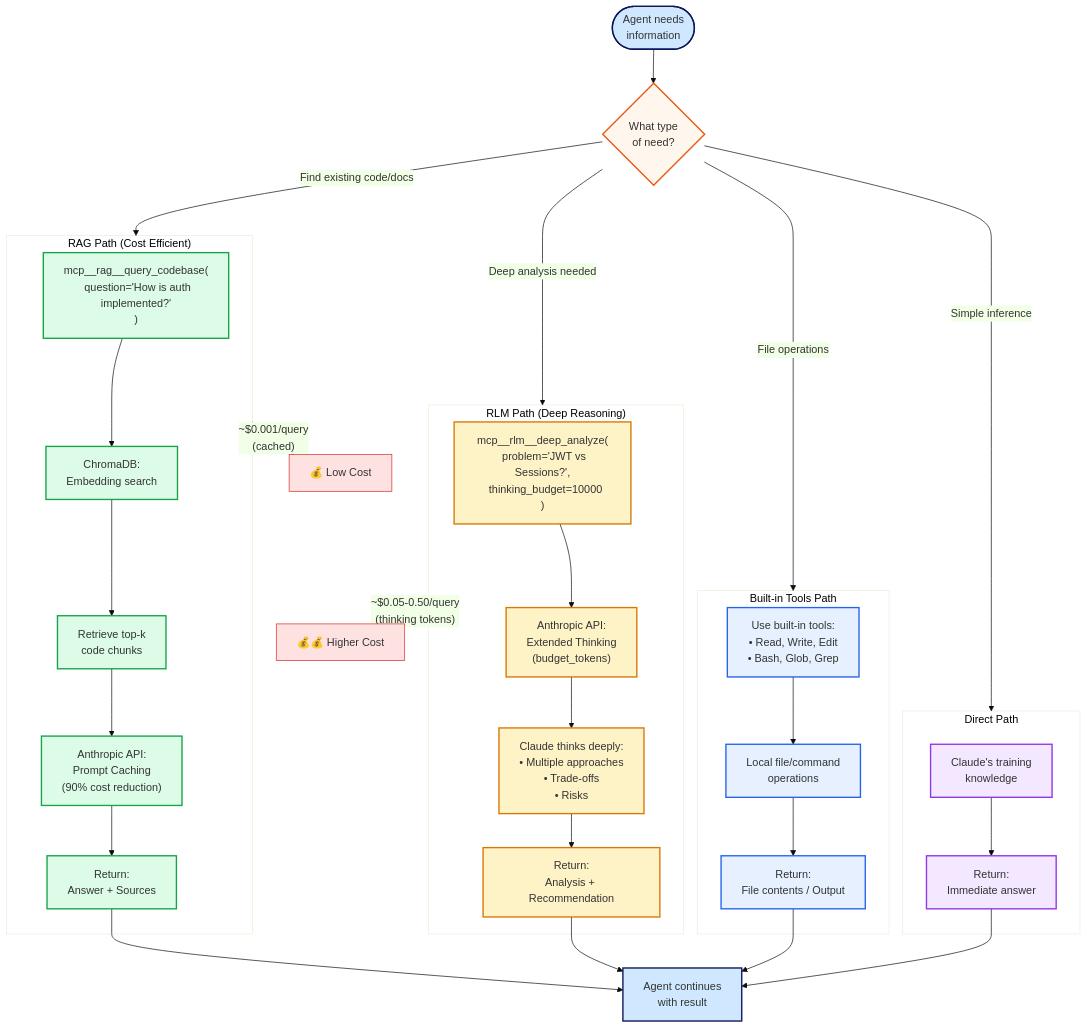
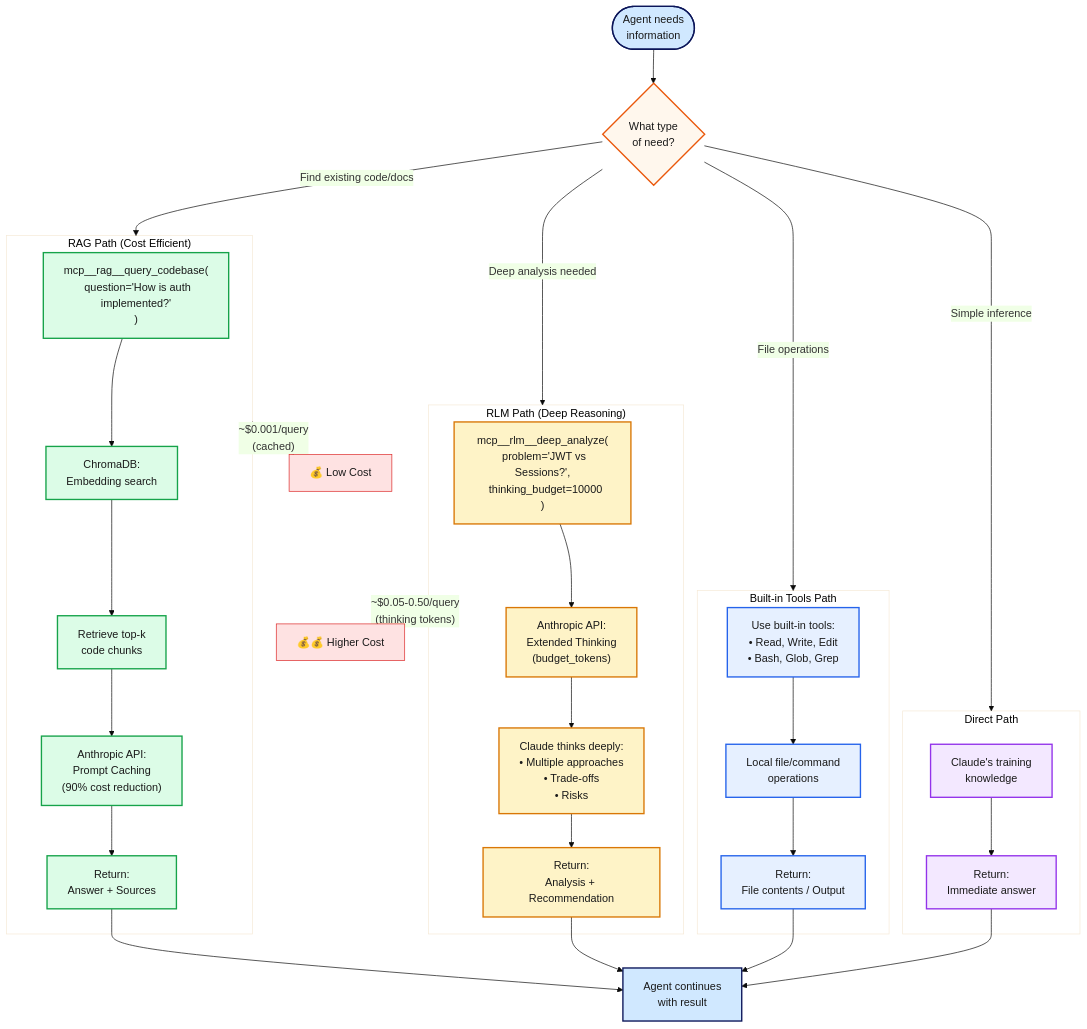
The diagram in docker/hitl-ui/public/docs/diagrams/06-rlm-vs-rag-decision.mmd (jb-612/dox-asdlc), drawn with Mermaid before and after one commit. The commit also changed 36 other files, not shown here.

```diff
--- a/docker/hitl-ui/public/docs/diagrams/06-rlm-vs-rag-decision.mmd
+++ b/docker/hitl-ui/public/docs/diagrams/06-rlm-vs-rag-decision.mmd
@@ -1,62 +1,62 @@
 %%{init: {'theme': 'base', 'themeVariables': { 'primaryColor': '#E6F0FF'}}}%%
 
 flowchart TD
     Start(["Agent needs\ninformation"])
     --> Decision{"What type\nof need?"}
 
     Decision -->|"Find existing code/docs"| RAGPath
     Decision -->|"Deep analysis needed"| RLMPath
     Decision -->|"File operations"| BuiltInPath
     Decision -->|"Simple inference"| DirectPath
 
     subgraph RAGPath["RAG Path (Cost Efficient)"]
         RAGCall["mcp__rag__query_codebase(\n  question='How is auth implemented?'\n)"]
         --> ChromaQuery["ChromaDB:\nEmbedding search"]
         --> RetrieveChunks["Retrieve top-k\ncode chunks"]
         --> CachedLLM["Anthropic API:\nPrompt Caching\n(90% cost reduction)"]
         --> RAGResult["Return:\nAnswer + Sources"]
     end
 
     subgraph RLMPath["RLM Path (Deep Reasoning)"]
         RLMCall["mcp__rlm__deep_analyze(\n  problem='JWT vs Sessions?',\n  thinking_budget=10000\n)"]
         --> ThinkingAPI["Anthropic API:\nExtended Thinking\n(budget_tokens)"]
         --> DeepAnalysis["Claude thinks deeply:\n• Multiple approaches\n• Trade-offs\n• Risks"]
         --> RLMResult["Return:\nAnalysis + Recommendation"]
     end
 
     subgraph BuiltInPath["Built-in Tools Path"]
         BuiltInCall["Use built-in tools:\n• Read, Write, Edit\n• Bash, Glob, Grep"]
         --> LocalOp["Local file/command\noperations"]
         --> BuiltInResult["Return:\nFile contents / Output"]
     end
 
     subgraph DirectPath["Direct Path"]
         DirectCall["Claude's training\nknowledge"]
         --> DirectResult["Return:\nImmediate answer"]
     end
 
     RAGResult --> Continue["Agent continues\nwith result"]
     RLMResult --> Continue
     BuiltInResult --> Continue
     DirectResult --> Continue
 
     %% Cost annotations
     RAGPath -.->|"~$0.001/query\n(cached)"| CostLow["💰 Low Cost"]
     RLMPath -.->|"~$0.05-0.50/query\n(thinking tokens)"| CostHigh["💰💰 Higher Cost"]
 
-    %% Styling
-    classDef start fill:#D0E8FF,stroke:#0b1559,stroke-width:2px
-    classDef decision fill:#FFF7ED,stroke:#EA580C,stroke-width:2px
-    classDef rag fill:#DCFCE7,stroke:#16a34a,stroke-width:2px
-    classDef rlm fill:#FEF3C7,stroke:#d97706,stroke-width:2px
-    classDef builtin fill:#E6F0FF,stroke:#2563eb,stroke-width:2px
-    classDef direct fill:#F3E8FF,stroke:#9333ea,stroke-width:2px
-    classDef cost fill:#FEE2E2,stroke:#dc2626,stroke-width:1px
+    %% Styling - explicit dark text color for visibility in both themes
+    classDef start fill:#D0E8FF,stroke:#0b1559,stroke-width:2px,color:#1a1a1a
+    classDef decision fill:#FFF7ED,stroke:#EA580C,stroke-width:2px,color:#1a1a1a
+    classDef rag fill:#DCFCE7,stroke:#16a34a,stroke-width:2px,color:#1a1a1a
+    classDef rlm fill:#FEF3C7,stroke:#d97706,stroke-width:2px,color:#1a1a1a
+    classDef builtin fill:#E6F0FF,stroke:#2563eb,stroke-width:2px,color:#1a1a1a
+    classDef direct fill:#F3E8FF,stroke:#9333ea,stroke-width:2px,color:#1a1a1a
+    classDef cost fill:#FEE2E2,stroke:#dc2626,stroke-width:1px,color:#1a1a1a
 
     class Start,Continue start
     class Decision decision
     class RAGCall,ChromaQuery,RetrieveChunks,CachedLLM,RAGResult rag
     class RLMCall,ThinkingAPI,DeepAnalysis,RLMResult rlm
     class BuiltInCall,LocalOp,BuiltInResult builtin
     class DirectCall,DirectResult direct
     class CostLow,CostHigh cost
```
